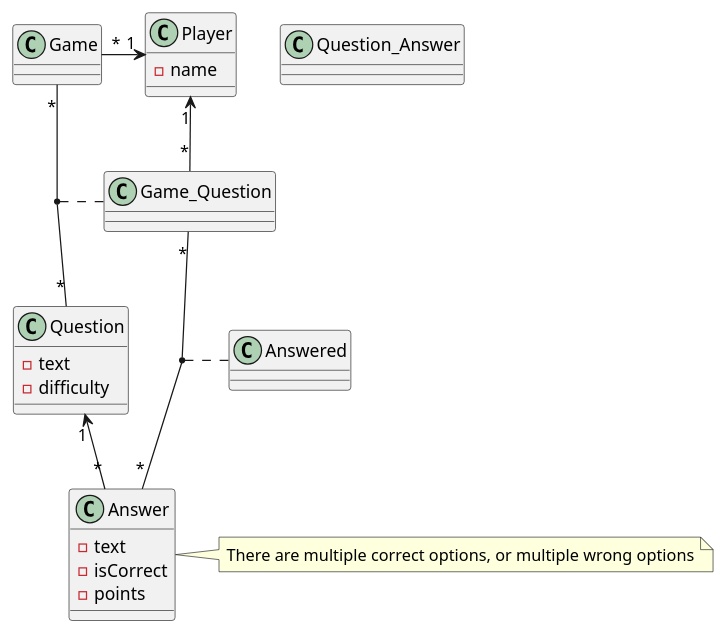
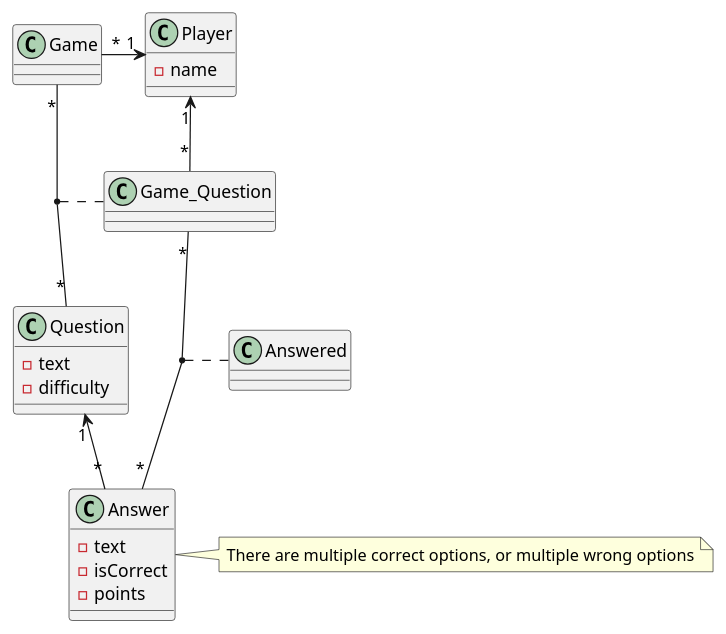
The diagram in asciidocs/plantuml/classDiagramm.puml (2122-3bhitm-itp/02-project-uno), drawn with PlantUML before and after one commit. The commit also changed 3 other files, not shown here.

```diff
--- a/asciidocs/plantuml/classDiagramm.puml
+++ b/asciidocs/plantuml/classDiagramm.puml
@@ -1,47 +1,45 @@
 @startuml
 skinparam backgroundcolor transparent
 skinparam shadowing false
 
 top to bottom direction
 
 class Game{}
 
 class Player{
     - name
 }
 
 class Question {
     - text
     - difficulty
 }
 
 class Answer{
     - text
     - isCorrect
     - points
 }
 
 class Game_Question{}
 
-class Question_Answer{}
-
 class Answered{}
 
 Player "1" <-left- "*" Game
 
 Game_Question "*"-left->"1" Player
 
 Game "*" -- "*" Question
 
 (Game,Question) .. Game_Question
 
 Question "1"<--"*" Answer
 
 Game_Question "*"--"*" Answer
 
 (Game_Question, Answer) .. Answered
 
 note right of Answer
     There are multiple correct options, or multiple wrong options
 end note
 @enduml
```
